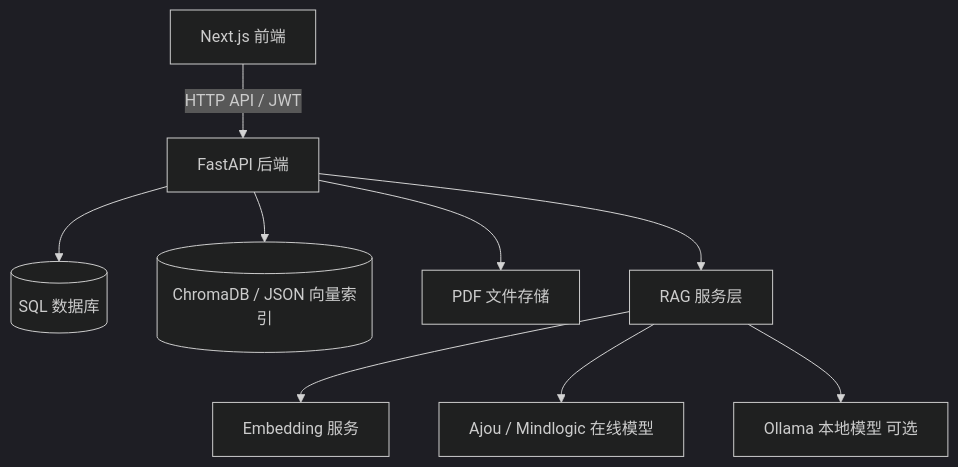
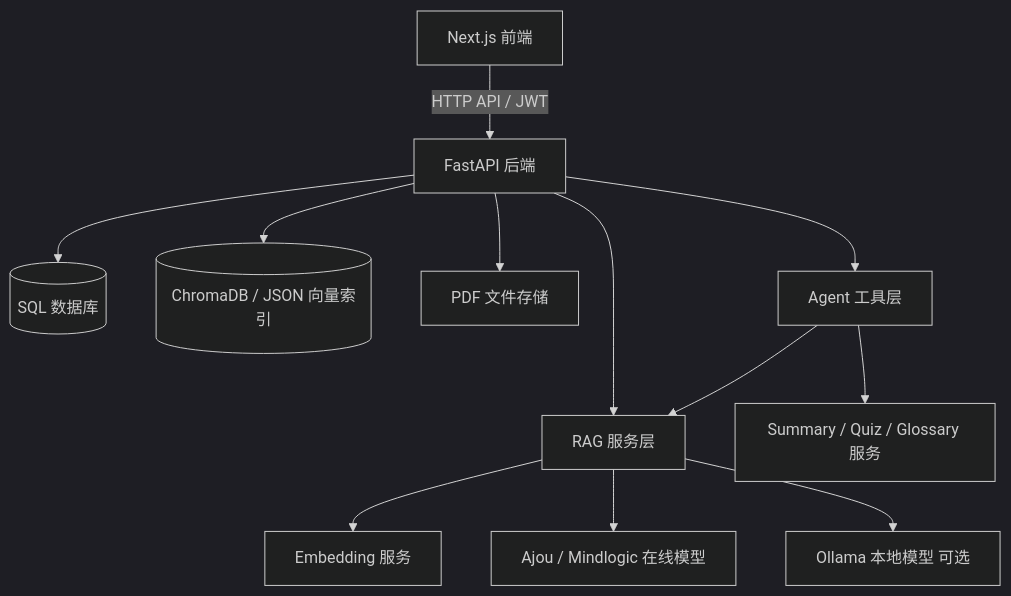
The first of 5 diagrams in docs/architecture.md (lc114548274-pixel/campusmind-ai-study-assistant), drawn with Mermaid (dark theme) before and after one commit. The commit also changed other lines of this file and 6 other files, not shown here.

````diff
--- a/docs/architecture.md
+++ b/docs/architecture.md
@@ -5,11 +5,14 @@
 ```mermaid
 flowchart TD
   A["Next.js 前端"] -->|"HTTP API / JWT"| B["FastAPI 后端"]
   B --> C[("SQL 数据库")]
   B --> D[("ChromaDB / JSON 向量索引")]
   B --> E["PDF 文件存储"]
   B --> F["RAG 服务层"]
+  B --> J["Agent 工具层"]
+  J --> F
+  J --> K["Summary / Quiz / Glossary 服务"]
   F --> G["Embedding 服务"]
   F --> H["Ajou / Mindlogic 在线模型"]
   F --> I["Ollama 本地模型 可选"]
 ```
````
